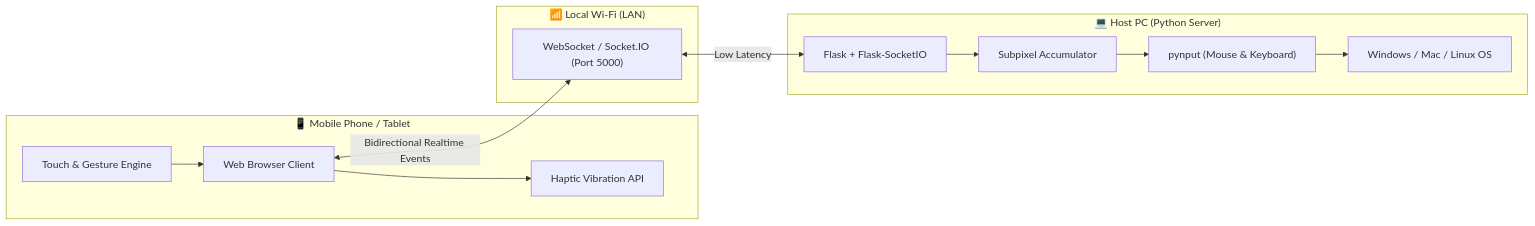
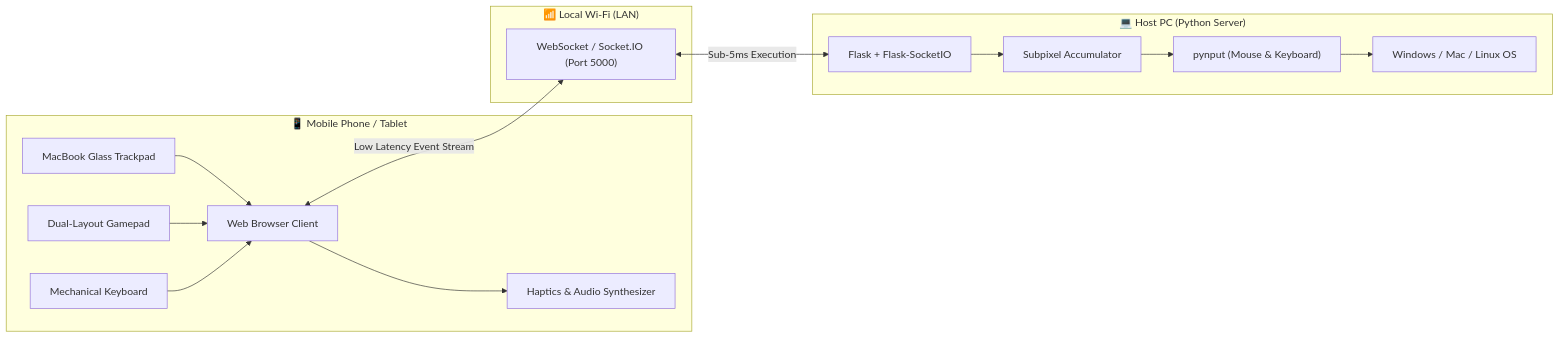
Before and after one commit to AgrShubham/remote_mouse: the diagram in README.md, drawn with Mermaid. The commit also changed other lines of this file and 1 other file, not shown here.

Commit message:
Add comprehensive PROJECT_DETAILS.md documentation and update README with mechanical keyboard, gamepad, and fullscreen features

````diff
--- a/README.md
+++ b/README.md
@@ -99,28 +144,32 @@
 ```mermaid
 graph LR
     subgraph MobileDevice ["📱 Mobile Phone / Tablet"]
         UI["Web Browser Client"]
-        Touch["Touch & Gesture Engine"]
-        Haptics["Haptic Vibration API"]
-        Touch --> UI
+        Trackpad["MacBook Glass Trackpad"]
+        Gamepad["Dual-Layout Gamepad"]
+        Keyboard["Mechanical Keyboard"]
+        Haptics["Haptics & Audio Synthesizer"]
+        Trackpad --> UI
+        Gamepad --> UI
+        Keyboard --> UI
         UI --> Haptics
     end
 
     subgraph LocalNetwork ["📶 Local Wi-Fi (LAN)"]
         WS["WebSocket / Socket.IO (Port 5000)"]
     end
 
     subgraph HostPC ["💻 Host PC (Python Server)"]
         Server["Flask + Flask-SocketIO"]
         Subpixel["Subpixel Accumulator"]
         Pynput["pynput (Mouse & Keyboard)"]
         OS["Windows / Mac / Linux OS"]
         
         Server --> Subpixel
         Subpixel --> Pynput
         Pynput --> OS
     end
 
-    UI <-->|Bidirectional Realtime Events| WS
-    WS <-->|Low Latency| Server
+    UI <-->|Low Latency Event Stream| WS
+    WS <-->|Sub-5ms Execution| Server
 ```
````
